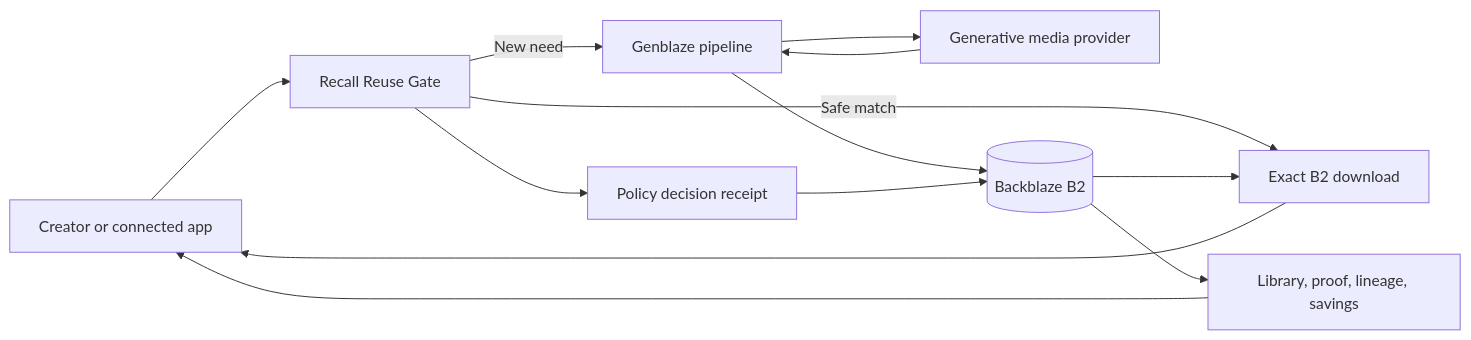
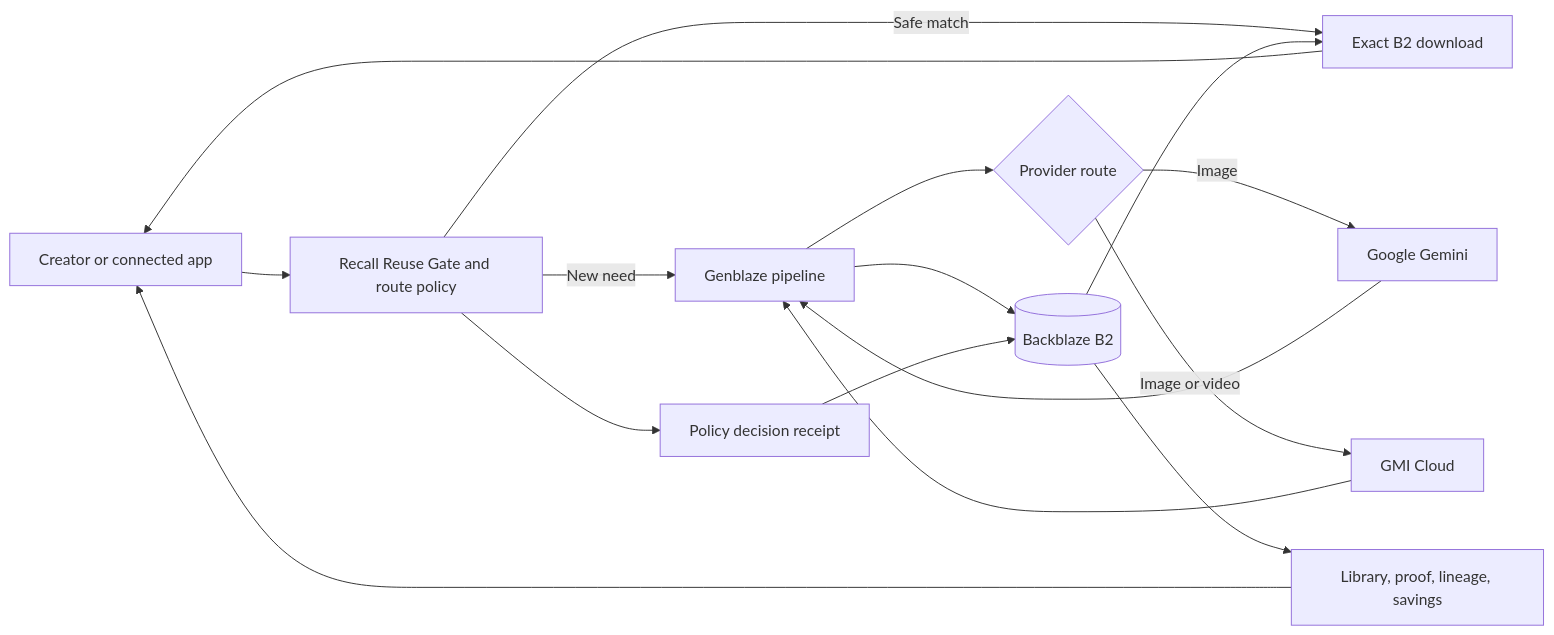
One commit to usv240/recall-generation-memory changed the diagram in README.md. Above: the diagram before and after it, drawn with Mermaid. The commit also changed other lines of this file, not shown here.

Commit message:
Polish README navigation and provider architecture

```diff
--- a/README.md
+++ b/README.md
@@ -70,15 +83,18 @@
 ~~~mermaid
 flowchart LR
-    U[Creator or connected app] --> R[Recall Reuse Gate]
+    U[Creator or connected app] --> R[Recall Reuse Gate and route policy]
     R -->|Safe match| D[Exact B2 download]
     R -->|New need| G[Genblaze pipeline]
-    G --> P[Generative media provider]
-    P --> G
+    G --> P{Provider route}
+    P -->|Image| GO[Google Gemini]
+    P -->|Image or video| GM[GMI Cloud]
+    GO --> G
+    GM --> G
     G --> B[(Backblaze B2)]
     B --> D
     R --> C[Policy decision receipt]
     C --> B
     B --> L[Library, proof, lineage, savings]
     D --> U
     L --> U
 ~~~
```
